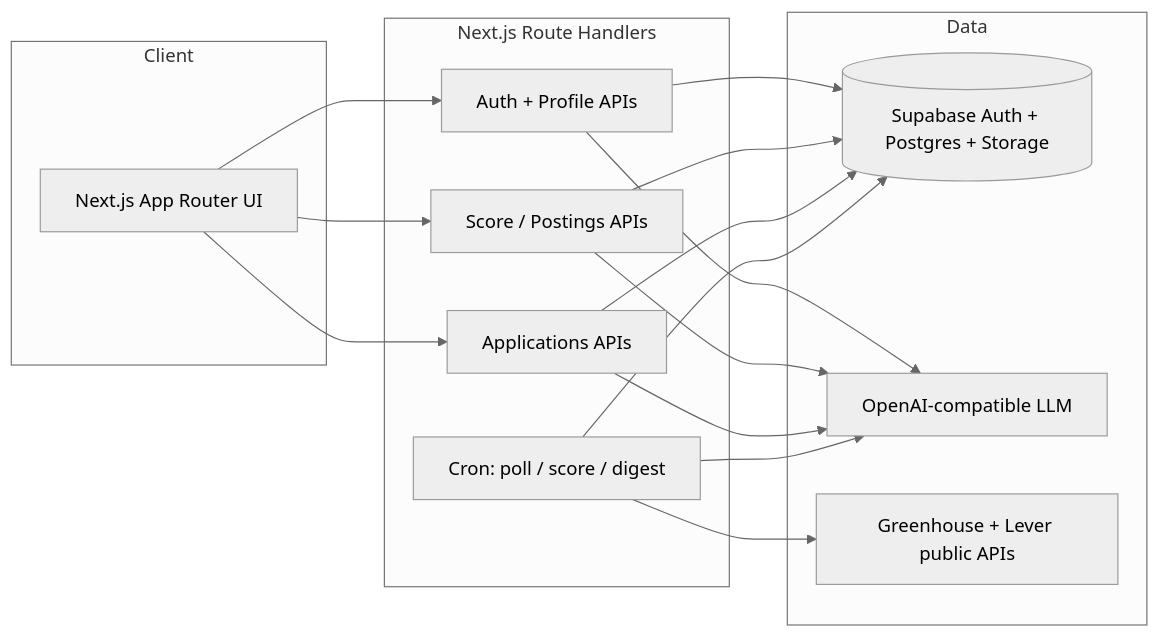
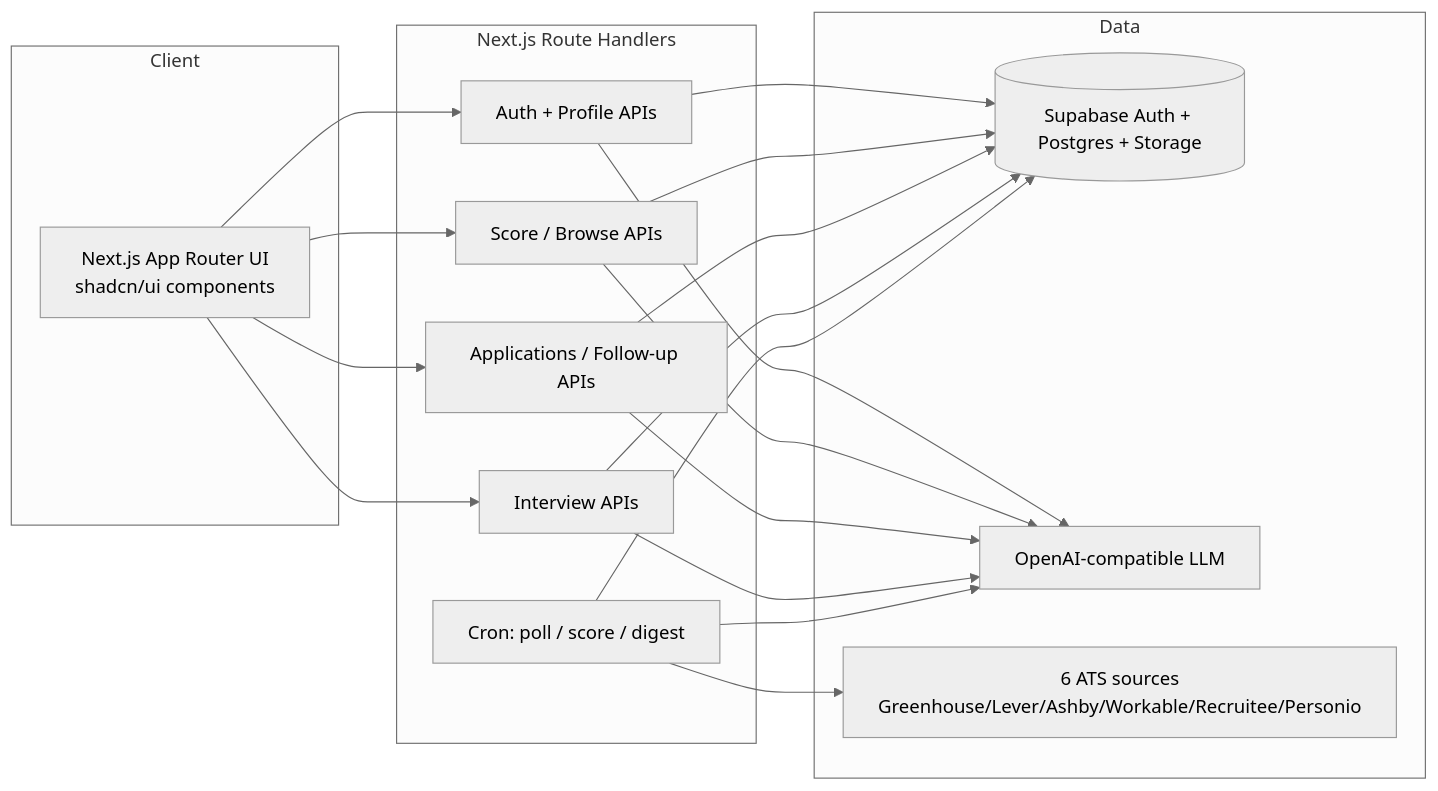
The first of 12 diagrams in docs/03-jobpilot-workflow.md (jxjwilliam/jobPilot), drawn with Mermaid (neutral theme) before and after one commit. The commit also changed other lines of this file and 45 other files, not shown here.

First line of the commit message:
feat: Phase 1 & 2 improvements — streaming, browse, interview, 6 ATS sources, shadcn/ui

````diff
--- a/docs/03-jobpilot-workflow.md
+++ b/docs/03-jobpilot-workflow.md
@@ -13,32 +13,36 @@
 ```mermaid
 flowchart LR
   subgraph Client
-    UI[Next.js App Router UI]
+    UI[Next.js App Router UI\nshadcn/ui components]
   end
 
   subgraph Server["Next.js Route Handlers"]
     Auth[Auth + Profile APIs]
-    ScoreAPI[Score / Postings APIs]
-    AppAPI[Applications APIs]
+    ScoreAPI[Score / Browse APIs]
+    AppAPI[Applications / Follow-up APIs]
+    InterviewAPI[Interview APIs]
     Cron[Cron: poll / score / digest]
   end
 
   subgraph Data
     SB[(Supabase Auth + Postgres + Storage)]
     LLM[OpenAI-compatible LLM]
-    ATS[Greenhouse + Lever public APIs]
+    ATS[6 ATS sources\nGreenhouse/Lever/Ashby/Workable/Recruitee/Personio]
   end
 
   UI --> Auth
   UI --> ScoreAPI
   UI --> AppAPI
+  UI --> InterviewAPI
   Auth --> SB
   Auth --> LLM
   ScoreAPI --> SB
   ScoreAPI --> LLM
   AppAPI --> SB
   AppAPI --> LLM
+  InterviewAPI --> SB
+  InterviewAPI --> LLM
   Cron --> ATS
   Cron --> SB
   Cron --> LLM
 ```
````
